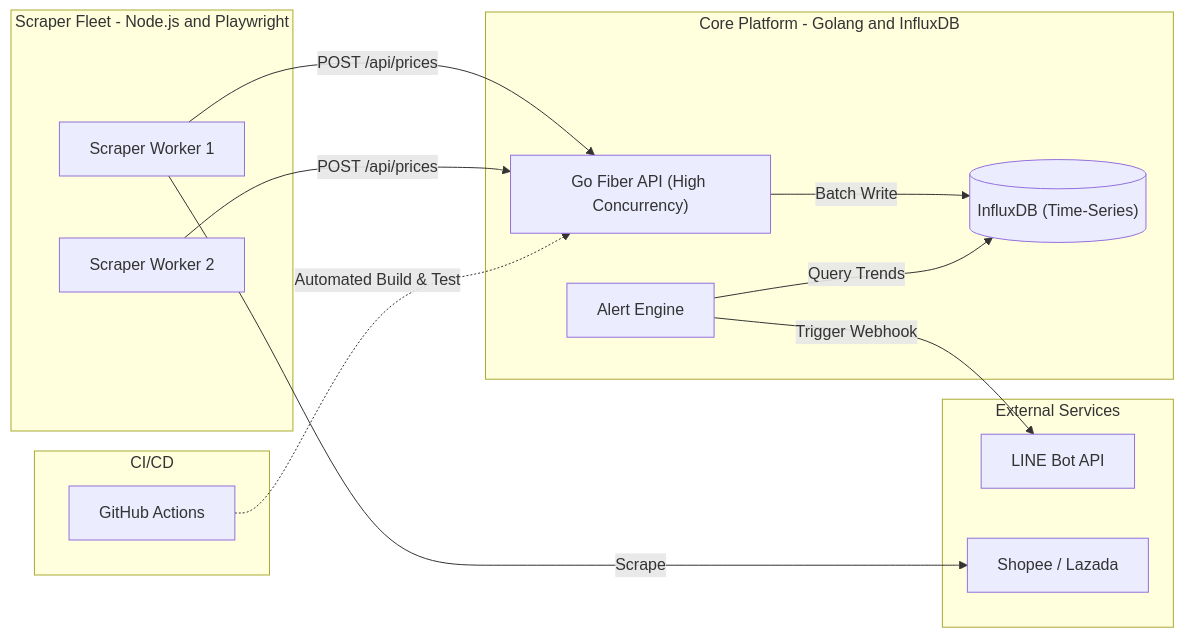
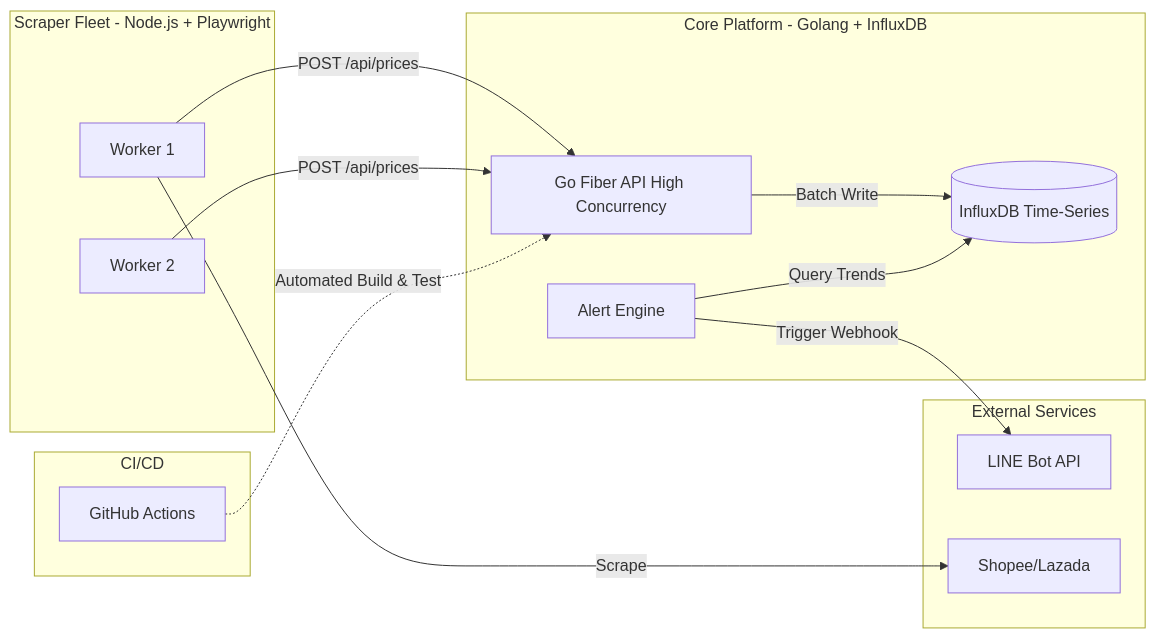
Before and after one commit to thitipongroo/omni-tracker: the diagram in README.md, drawn with Mermaid. The commit also changed 1 other file, not shown here.

Commit message:
update: readme

````diff
--- a/README.md
+++ b/README.md
@@ -24,30 +24,30 @@
 ```mermaid
 flowchart LR
     subgraph CICD [CI/CD]
         CI[GitHub Actions]
     end
 
-    subgraph Scrapers [Scraper Fleet - Node.js and Playwright]
-        S1[Scraper Worker 1]
-        S2[Scraper Worker 2]
+    subgraph Scrapers [Scraper Fleet - Node.js + Playwright]
+        S1[Worker 1]
+        S2[Worker 2]
     end
 
-    subgraph Core [Core Platform - Golang and InfluxDB]
-        GO["Go Fiber API (High Concurrency)"]
-        DB[("InfluxDB (Time-Series)")]
+    subgraph Core [Core Platform - Golang + InfluxDB]
+        GO["Go Fiber API High Concurrency"]
+        DB[("InfluxDB Time-Series")]
         ALERT[Alert Engine]
     end
     
     subgraph External [External Services]
         LINE[LINE Bot API]
-        ECOM[Shopee / Lazada]
+        ECOM[Shopee/Lazada]
     end
 
     S1 -->|Scrape| ECOM
     S1 -->|POST /api/prices| GO
     S2 -->|POST /api/prices| GO
     GO -->|Batch Write| DB
     ALERT -->|Query Trends| DB
     ALERT -->|Trigger Webhook| LINE
     CI -.->|Automated Build & Test| GO
 ```
````
